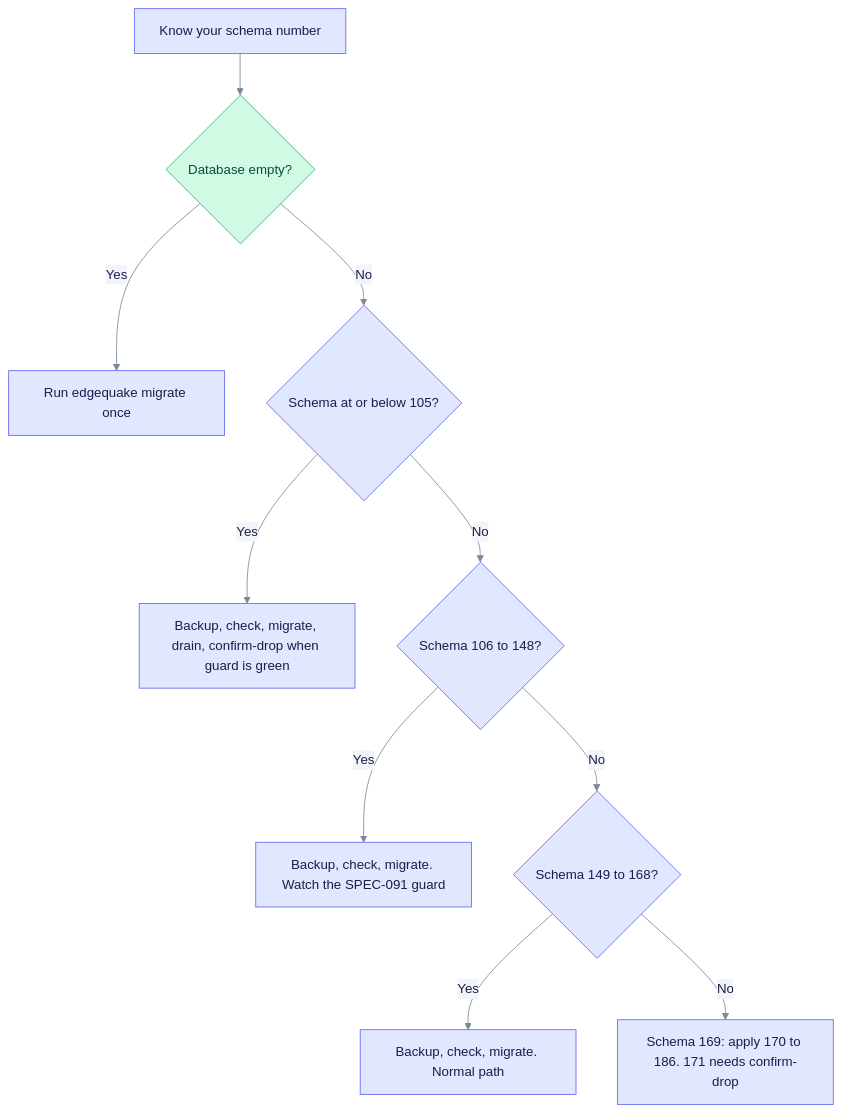
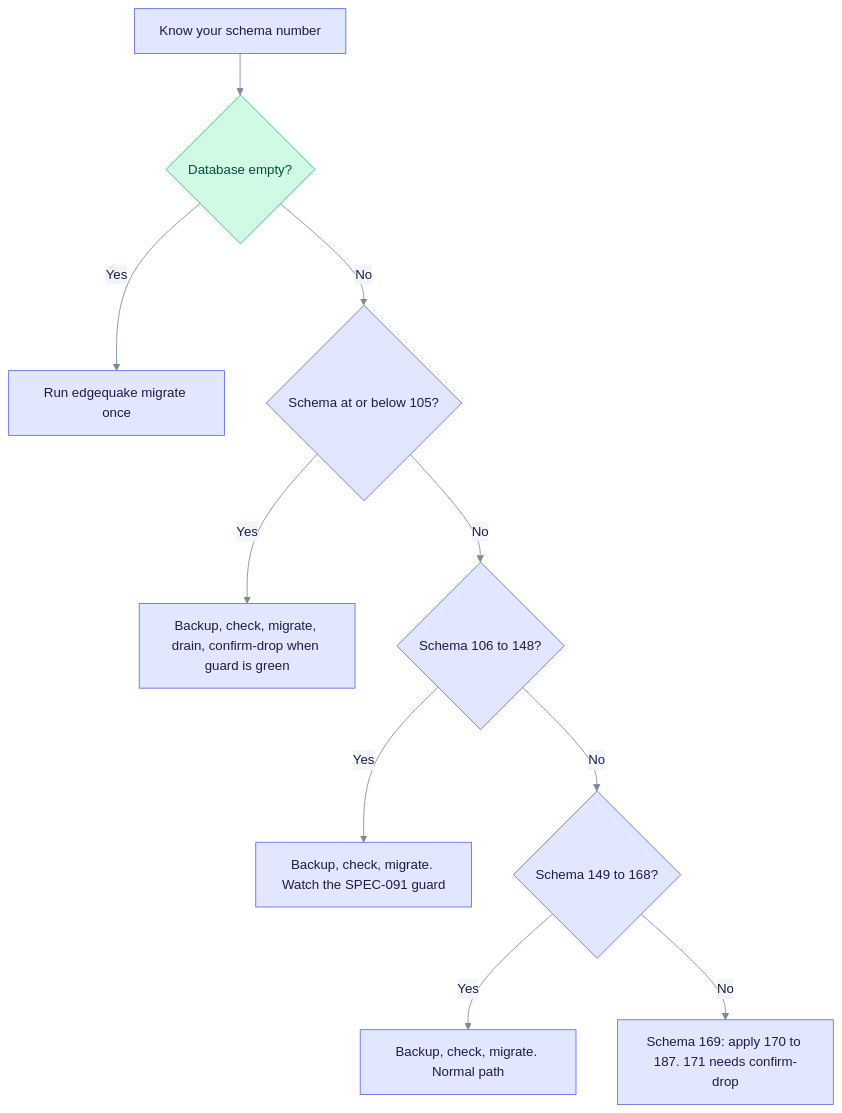
One commit to YatchiYa/edgequake changed the first of 3 diagrams in docs/operations/upgrading.md. Above: the diagram before and after it, drawn with Mermaid. The commit also changed other lines of this file and 9 other files, not shown here.

````diff
--- a/docs/operations/upgrading.md
+++ b/docs/operations/upgrading.md
@@ -24,17 +24,17 @@
 ```mermaid
 %%{init: {"theme":"base","themeVariables":{"primaryColor":"#E0E7FF","primaryBorderColor":"#6366F1","primaryTextColor":"#1E1B4B","secondaryColor":"#D1FAE5","secondaryBorderColor":"#10B981","secondaryTextColor":"#064E3B","tertiaryColor":"#FEF3C7","tertiaryBorderColor":"#F59E0B","tertiaryTextColor":"#6B7A90","lineColor":"#7A889C","clusterBkg":"rgba(99,102,241,0.07)","clusterBorder":"#A5B4FC","noteBkgColor":"#FEF9C3","noteTextColor":"#422006","textColor":"#6B7A90","titleColor":"#6B7A90","signalColor":"#7A889C","signalTextColor":"#6B7A90","loopTextColor":"#6B7A90","edgeLabelBackground":"#F1F5F9","actorLineColor":"#94A3B8"}}}%%
 %% eq-theme:v1
 flowchart TD
   A["Know your schema number"] --> B{"Database empty?"}
   B -->|Yes| C["Run edgequake migrate once"]
   B -->|No| D{"Schema at or below 105?"}
   D -->|Yes| E["Backup, check, migrate, drain, confirm-drop when guard is green"]
   D -->|No| F{"Schema 106 to 148?"}
   F -->|Yes| G["Backup, check, migrate. Watch the SPEC-091 guard"]
   F -->|No| H{"Schema 149 to 168?"}
   H -->|Yes| I["Backup, check, migrate. Normal path"]
-  H -->|No| J["Schema 169: apply 170 to 186. 171 needs confirm-drop"]
+  H -->|No| J["Schema 169: apply 170 to 187. 171 needs confirm-drop"]
 %% eq-classes
 classDef eqStore fill:#D1FAE5,stroke:#10B981,color:#064E3B
 class B eqStore
 ```
````
